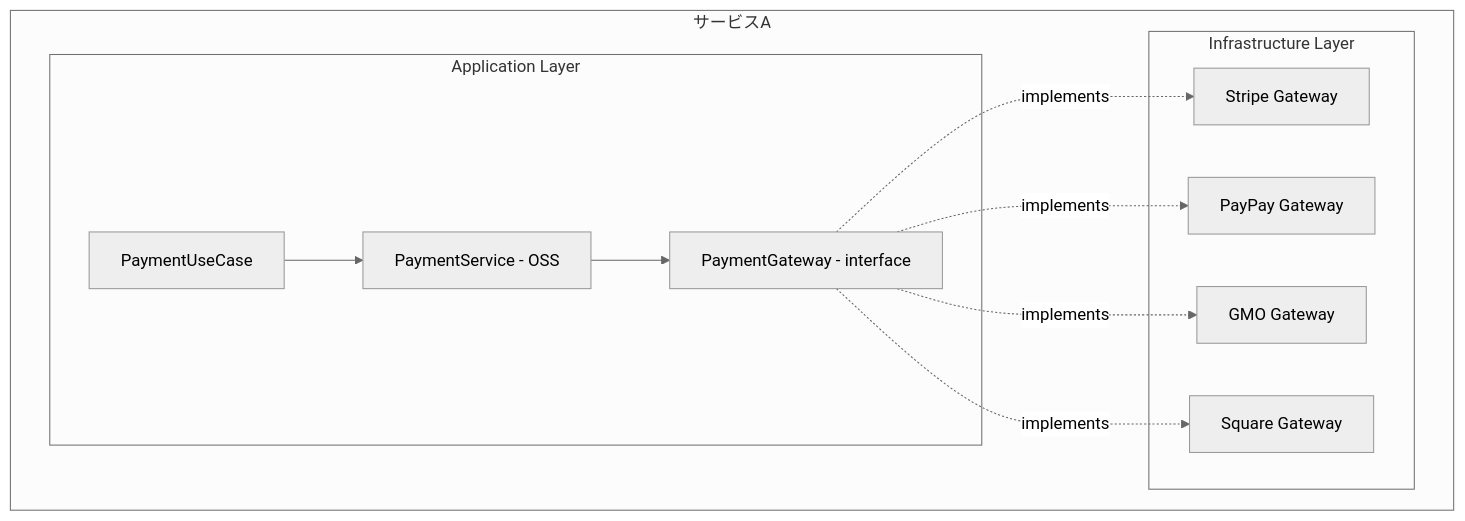
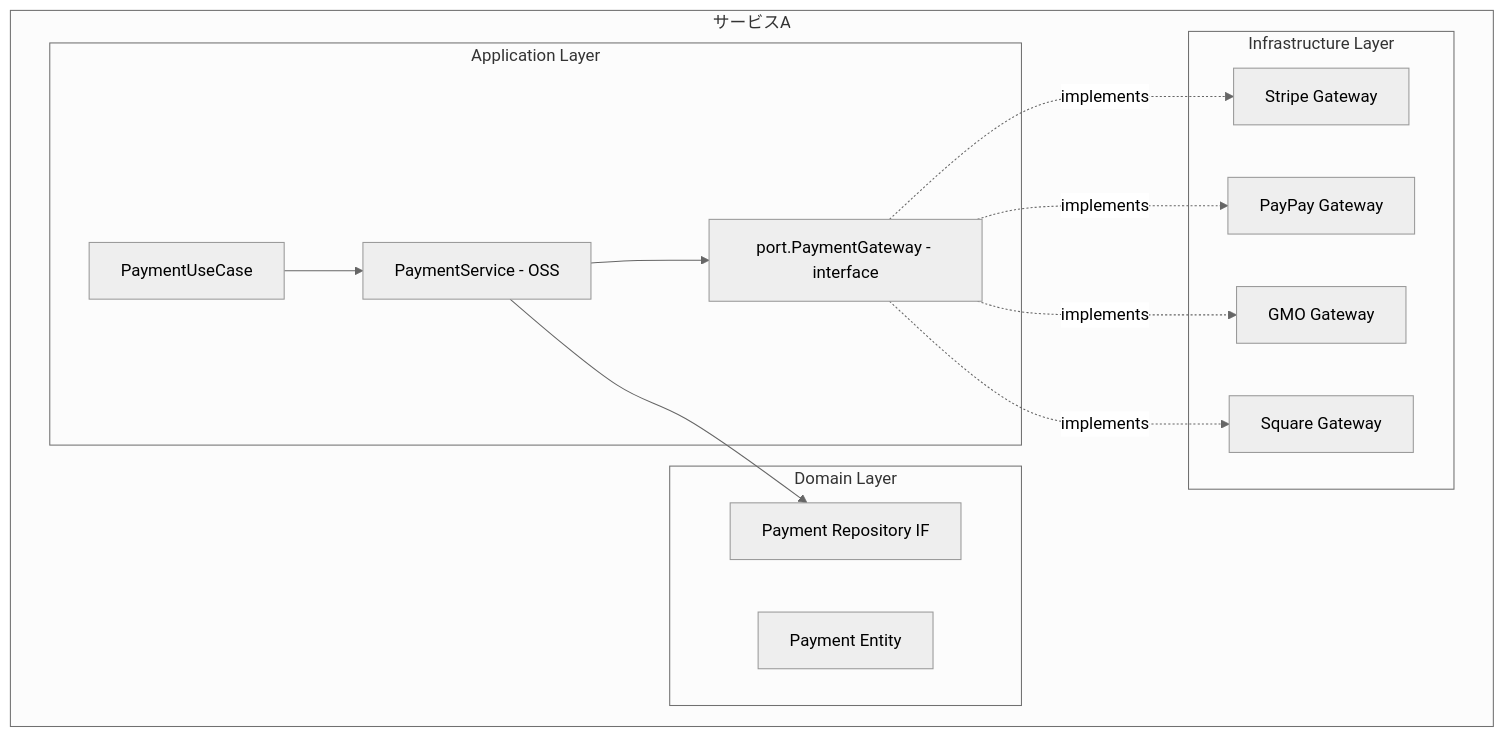
The first of 3 diagrams in docs/design/payment-gateway.md (contract-to-cash/core), drawn with Mermaid (neutral theme) before and after one commit. The commit also changed other lines of this file and 4 other files, not shown here.

````diff
--- a/docs/design/payment-gateway.md
+++ b/docs/design/payment-gateway.md
@@ -7,24 +7,30 @@
 ```mermaid
 graph TB
     subgraph ServiceA[サービスA]
+        subgraph DL[Domain Layer]
+            PE[Payment Entity]
+            PR[Payment Repository IF]
+        end
+
         subgraph AL[Application Layer]
             PUC[PaymentUseCase]
             PS[PaymentService - OSS]
-            PG[PaymentGateway - interface]
+            PG[port.PaymentGateway - interface]
             PUC --> PS
             PS --> PG
+            PS --> PR
         end
-        
+
         subgraph IL[Infrastructure Layer]
             SG[Stripe Gateway]
             PPG[PayPay Gateway]
             GMOG[GMO Gateway]
             SQG[Square Gateway]
         end
-        
+
         PG -.->|implements| SG
         PG -.->|implements| PPG
         PG -.->|implements| GMOG
         PG -.->|implements| SQG
     end
 ```
````
